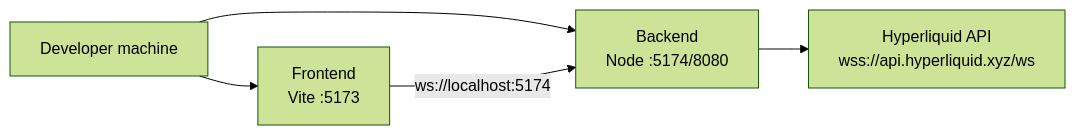
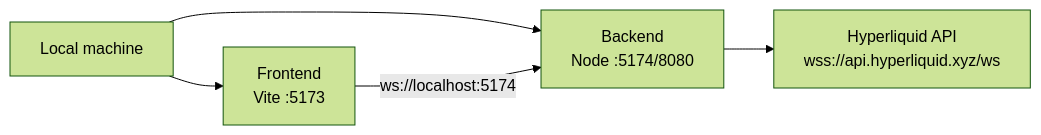
Before and after one commit to sukunwei/axis-demo: the second of 4 diagrams in docs/technical-design.md, drawn with Mermaid (forest theme). The commit also changed other lines of this file, not shown here.

````diff
--- a/docs/technical-design.md
+++ b/docs/technical-design.md
@@ -104,12 +104,12 @@
 ```mermaid
 flowchart LR
-  DEV["Developer machine"]
+  DEV["Local machine"]
   FE["Frontend<br/>Vite :5173"]
   BE["Backend<br/>Node :5174/8080"]
   HLAPI["Hyperliquid API<br/>wss://api.hyperliquid.xyz/ws"]
 
   DEV --> FE
   DEV --> BE
   BE --> HLAPI
   FE -->|"ws://localhost:5174"| BE
 ```
````
